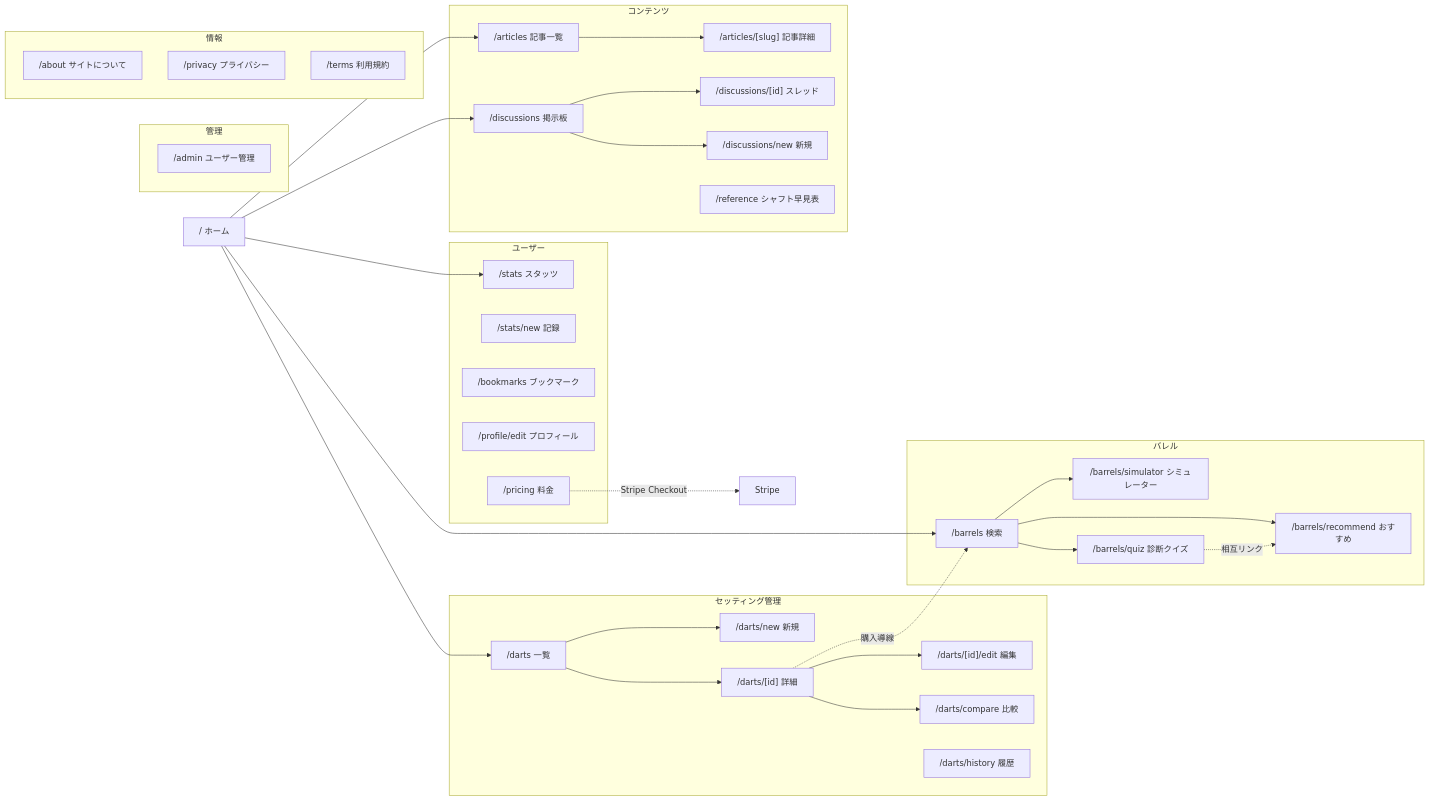
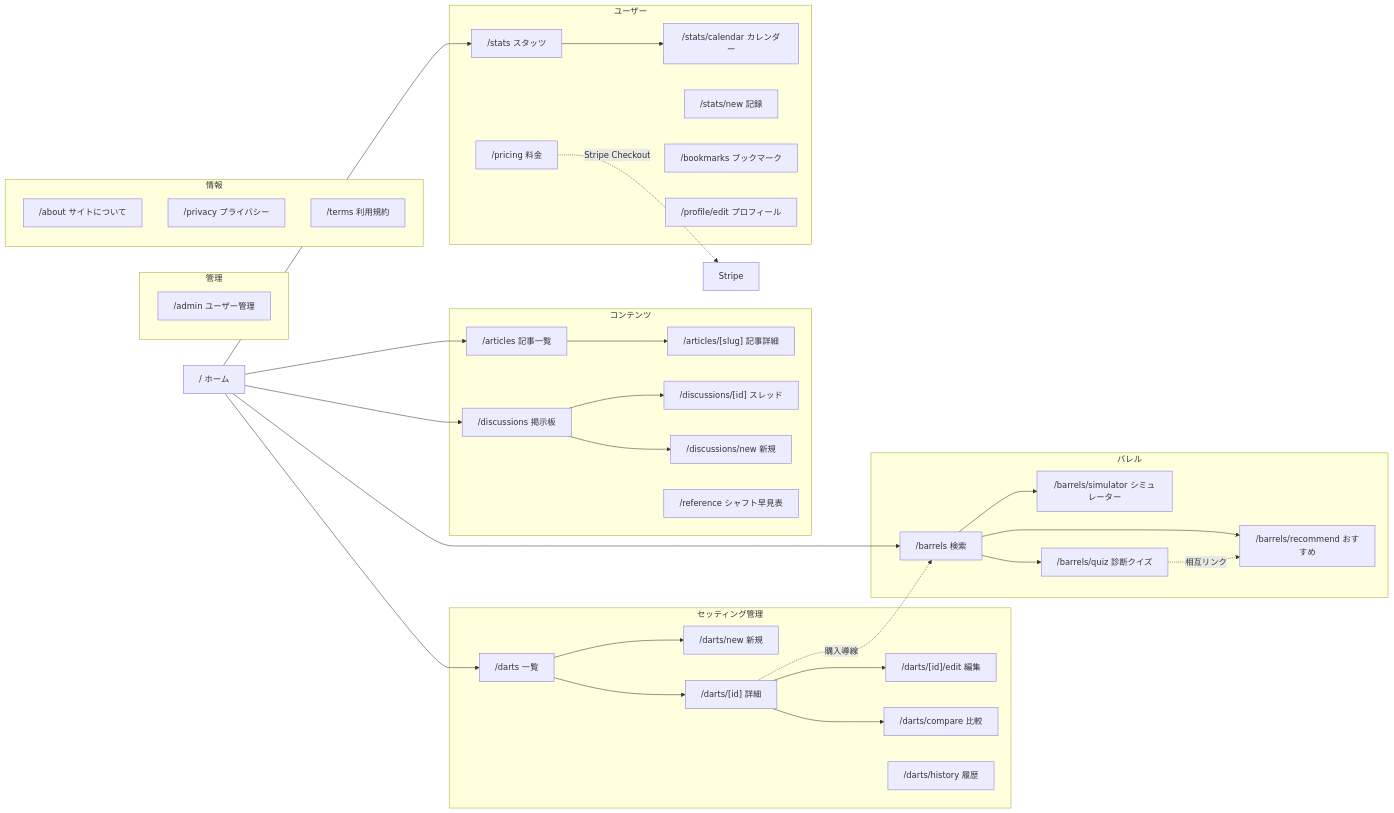
One commit to seiryuu1215/darts-app changed the second of 5 diagrams in docs/ARCHITECTURE.md. Above: the diagram before and after it, drawn with Mermaid. The commit also changed other lines of this file and 11 other files, not shown here.

````diff
--- a/docs/ARCHITECTURE.md
+++ b/docs/ARCHITECTURE.md
@@ -75,57 +75,59 @@
 ```mermaid
 graph LR
     Home["/ ホーム"]
 
     subgraph Darts["セッティング管理"]
         DartsList["/darts 一覧"]
         DartsNew["/darts/new 新規"]
         DartsDetail["/darts/[id] 詳細"]
         DartsEdit["/darts/[id]/edit 編集"]
         DartsCompare["/darts/compare 比較"]
         DartsHistory["/darts/history 履歴"]
     end
 
     subgraph Barrels["バレル"]
         BarrelSearch["/barrels 検索"]
         BarrelRecommend["/barrels/recommend おすすめ"]
         BarrelSimulator["/barrels/simulator シミュレーター"]
         BarrelQuiz["/barrels/quiz 診断クイズ"]
     end
 
     subgraph Content["コンテンツ"]
         Articles["/articles 記事一覧"]
         ArticleDetail["/articles/[slug] 記事詳細"]
         Discussions["/discussions 掲示板"]
         DiscussionDetail["/discussions/[id] スレッド"]
         DiscussionNew["/discussions/new 新規"]
         Reference["/reference シャフト早見表"]
     end
 
     subgraph User["ユーザー"]
         Stats["/stats スタッツ"]
+        StatsCalendar["/stats/calendar カレンダー"]
         StatsNew["/stats/new 記録"]
         Bookmarks["/bookmarks ブックマーク"]
         Profile["/profile/edit プロフィール"]
         Pricing["/pricing 料金"]
     end
 
     subgraph Admin["管理"]
         AdminUsers["/admin ユーザー管理"]
     end
 
     subgraph Info["情報"]
         About["/about サイトについて"]
         Privacy["/privacy プライバシー"]
         Terms["/terms 利用規約"]
     end
 
+    Stats --> StatsCalendar
     Home --> DartsList & BarrelSearch & Articles & Discussions & Stats
     DartsList --> DartsDetail & DartsNew
     DartsDetail --> DartsEdit & DartsCompare
     DartsDetail -.->|購入導線| BarrelSearch
     BarrelSearch --> BarrelRecommend & BarrelSimulator & BarrelQuiz
     BarrelQuiz -.->|相互リンク| BarrelRecommend
     Articles --> ArticleDetail
     Discussions --> DiscussionDetail & DiscussionNew
     Pricing -.->|Stripe Checkout| Stripe["Stripe"]
 ```
````
